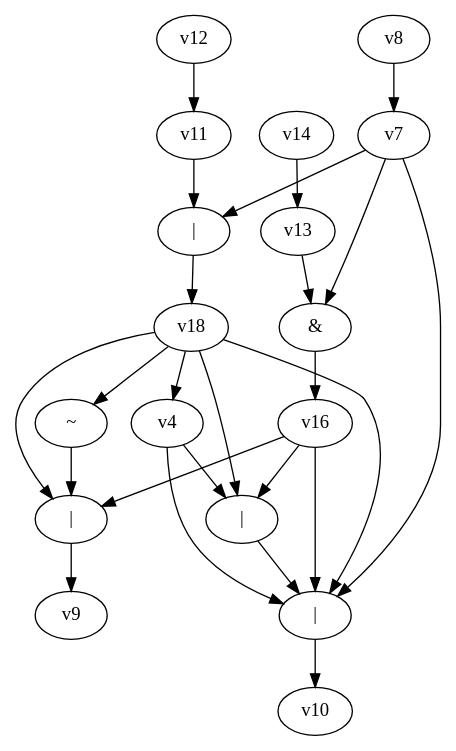
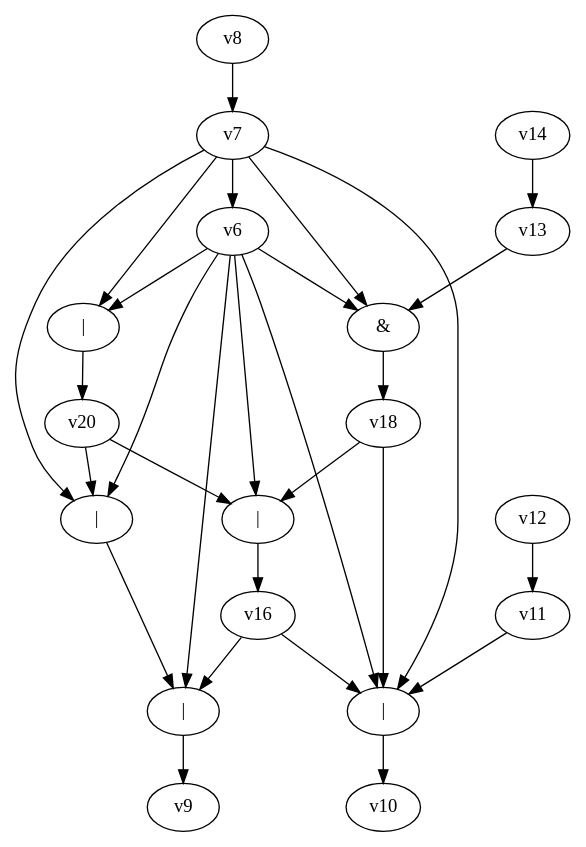
Before and after one commit to yadej/graph_project: the diagram in dot_files/random_bool_circ.dot, drawn with Graphviz. The commit also changed 2 other files, not shown here.

```diff
--- a/dot_files/random_bool_circ.dot
+++ b/dot_files/random_bool_circ.dot
@@ -1,30 +1,33 @@
 digraph G { 
 v0 [label="|"]; 
-v1 [label="~"]; 
+v1 [label="|"]; 
 v2 [label="|"]; 
-v3 [label="|"]; 
-v15 [label="&"]; 
-v17 [label="|"]; 
+v15 [label="|"]; 
+v17 [label="&"]; 
+v19 [label="|"]; 
 v0 -> v9;
 v1 -> v0;
 v2 -> v10;
-v3 -> v2;
-v4 -> v2;
-v4 -> v3;
+v6 -> v0;
+v6 -> v1;
+v6 -> v2;
+v6 -> v15 -> v16;
+v6 -> v17 -> v18;
+v6 -> v19 -> v20;
+v7 -> v1;
 v7 -> v2;
-v7 -> v15 -> v16;
-v7 -> v17 -> v18;
+v7 -> v6;
+v7 -> v17;
+v7 -> v19;
 v8 -> v7;
-v11 -> v17;
+v11 -> v2;
 v12 -> v11;
-v13 -> v15;
+v13 -> v17;
 v14 -> v13;
 v16 -> v0;
 v16 -> v2;
-v16 -> v3;
-v18 -> v0;
-v18 -> v1;
 v18 -> v2;
-v18 -> v3;
-v18 -> v4;
+v18 -> v15;
+v20 -> v1;
+v20 -> v15;
 }
```
